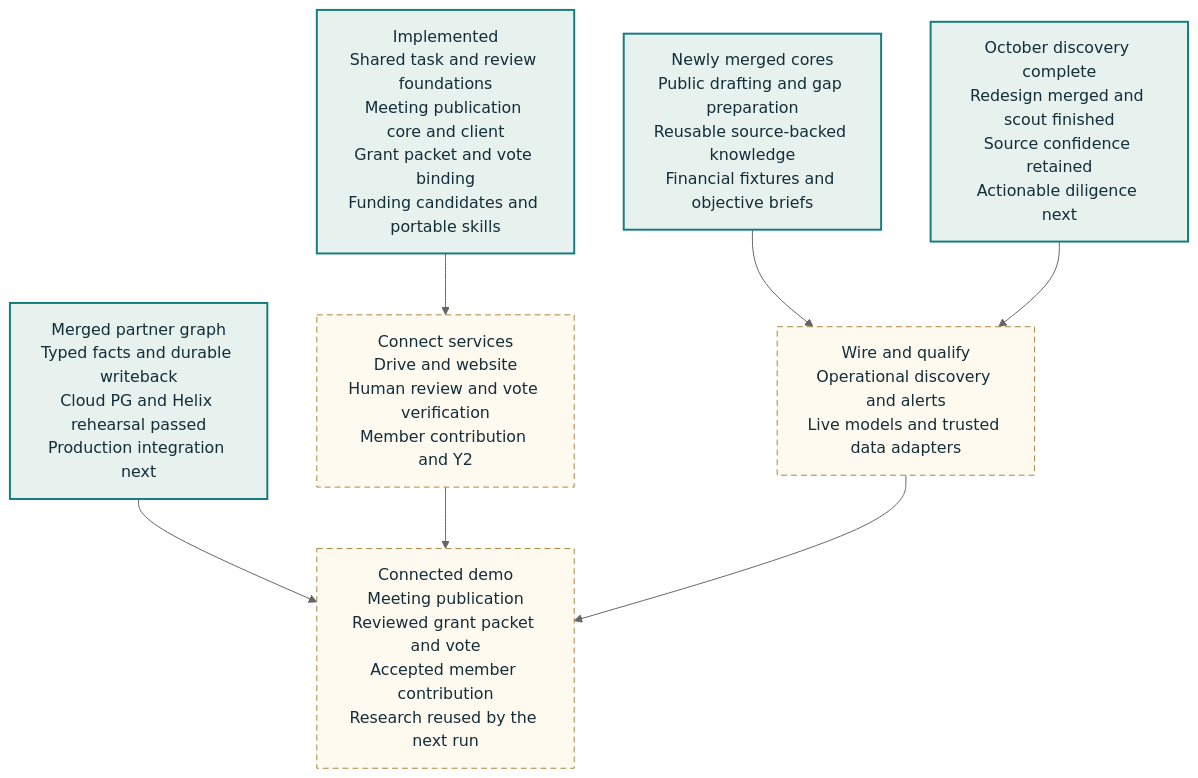
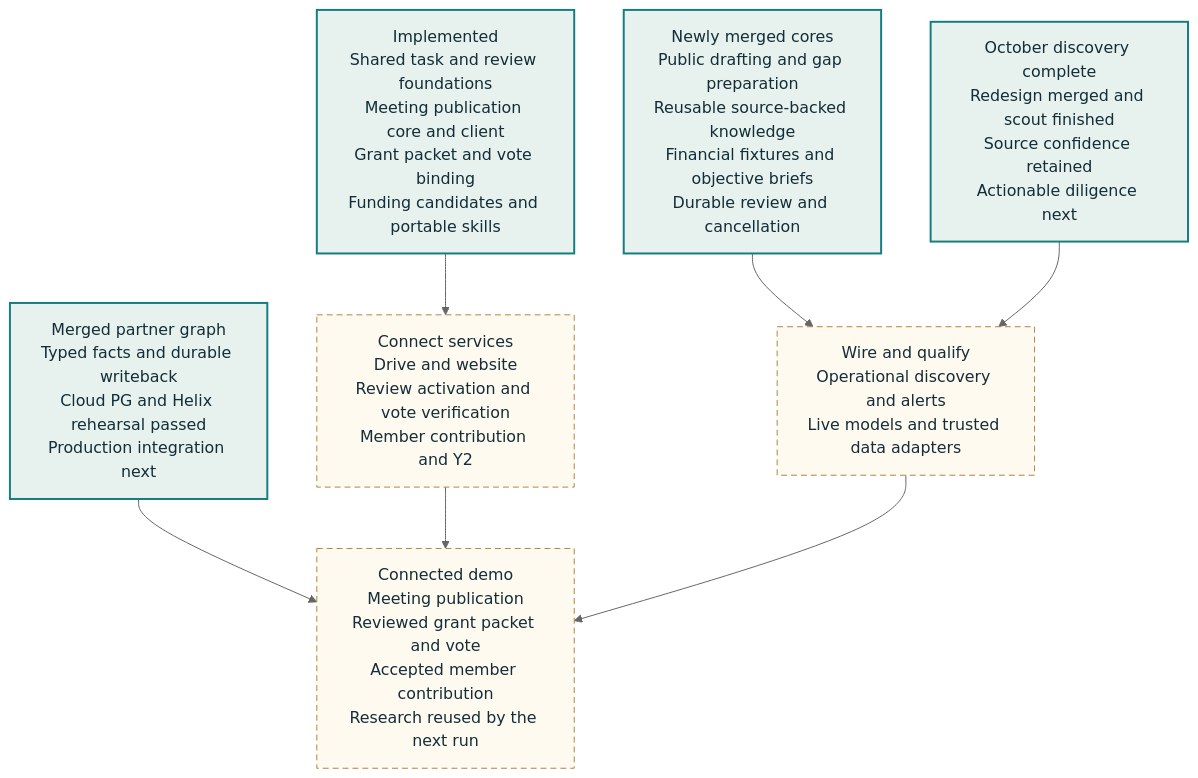
The diagram in docs/architecture/diagrams/funding-roadmap.mmd (NetRxn/Inertia), drawn with Mermaid (neutral theme) before and after one commit. The commit also changed 21 other files, not shown here.

Commit message:
docs: synchronize durable review completion and activation requirements

```diff
--- a/docs/architecture/diagrams/funding-roadmap.mmd
+++ b/docs/architecture/diagrams/funding-roadmap.mmd
@@ -1,16 +1,16 @@
 flowchart TB
  I["Implemented<br/>Shared task and review foundations<br/>Meeting publication core and client<br/>Grant packet and vote binding<br/>Funding candidates and portable skills"]
- P["Newly merged cores<br/>Public drafting and gap preparation<br/>Reusable source-backed knowledge<br/>Financial fixtures and objective briefs"]
+ P["Newly merged cores<br/>Public drafting and gap preparation<br/>Reusable source-backed knowledge<br/>Financial fixtures and objective briefs<br/>Durable review and cancellation"]
  P --> Q["Wire and qualify<br/>Operational discovery and alerts<br/>Live models and trusted data adapters"]
  D["October discovery complete<br/>Redesign merged and scout finished<br/>Source confidence retained<br/>Actionable diligence next"] --> Q
- I --> X["Connect services<br/>Drive and website<br/>Human review and vote verification<br/>Member contribution and Y2"]
+ I --> X["Connect services<br/>Drive and website<br/>Review activation and vote verification<br/>Member contribution and Y2"]
  K["Merged partner graph<br/>Typed facts and durable writeback<br/>Cloud PG and Helix rehearsal passed<br/>Production integration next"] --> DEMO["Connected demo<br/>Meeting publication<br/>Reviewed grant packet and vote<br/>Accepted member contribution<br/>Research reused by the next run"]
  X --> DEMO
  Q --> DEMO
  class I,D,P,K core
  class Q,X,DEMO planned
 
  classDef core fill:#e7f1ee,stroke:#157d80,color:#132e38,stroke-width:2px
  classDef planned fill:#fffaf0,stroke:#b1853e,color:#132e38,stroke-dasharray:6 4
  classDef reviewed fill:#f5f0ff,stroke:#8064a2,color:#132e38
  classDef store fill:#edf2f7,stroke:#61788b,color:#132e38
```
